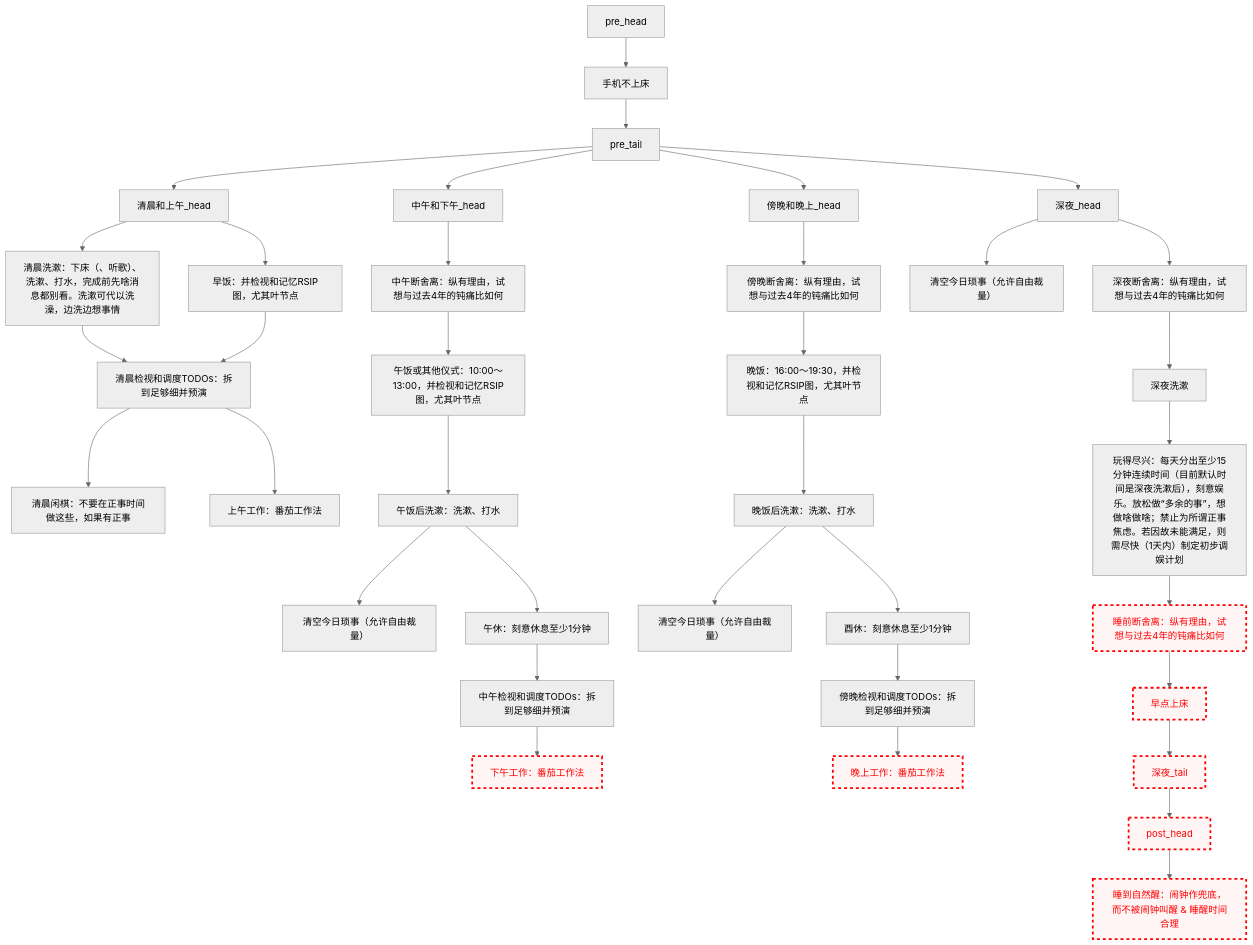
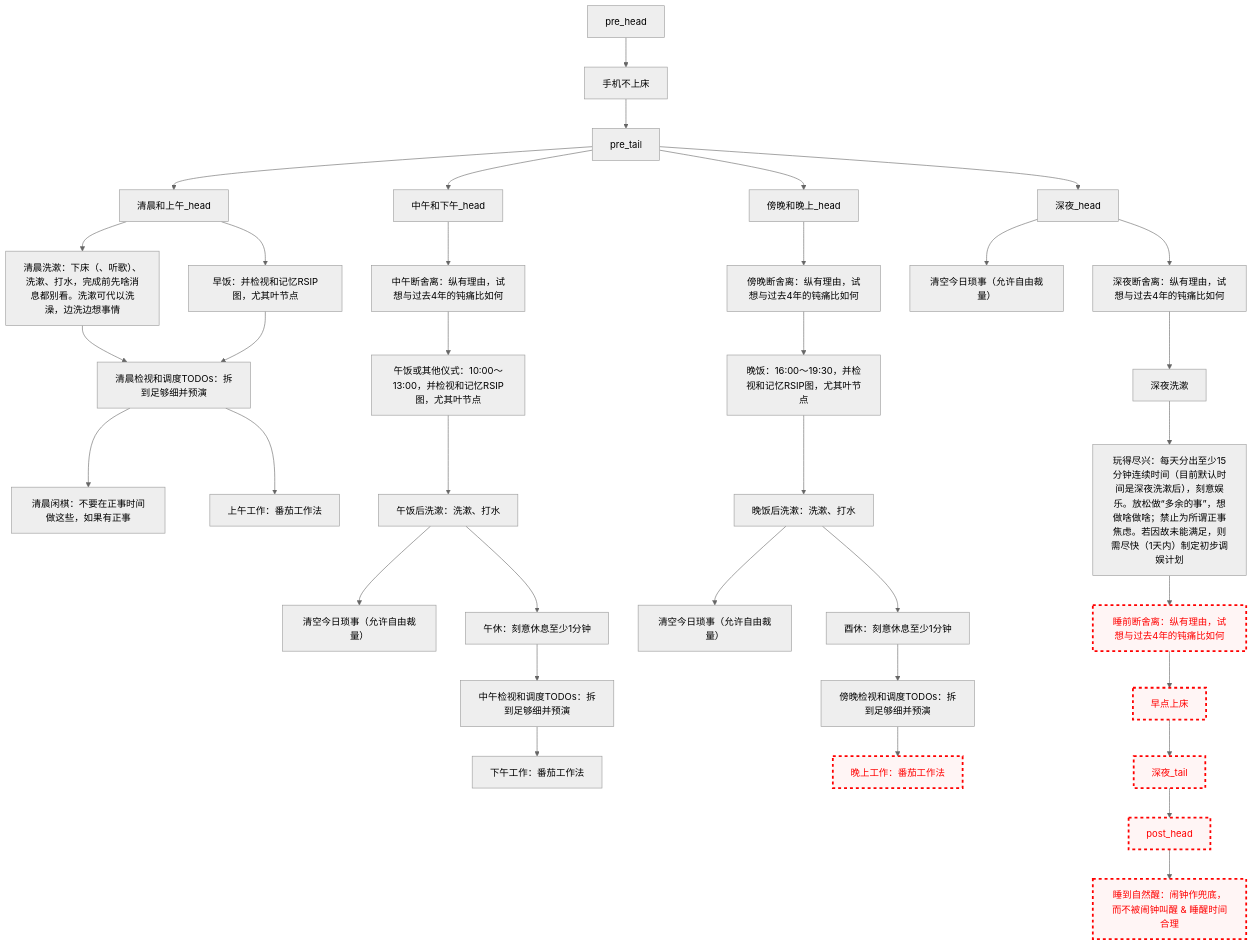
The diagram in README.md (Ethkuil/RSIP-tree), drawn with Mermaid (neutral theme) before and after one commit.

Commit message:
enable 下午工作

````diff
--- a/README.md
+++ b/README.md
@@ -21,55 +21,54 @@
 ```mermaid
 graph TD
 
 classDef failed stroke:#ff0000, stroke-width:3px, color:#ff0000, fill:#fff5f5, stroke-dasharray: 5
 
 pre_head --> 手机不上床
 手机不上床 --> pre_tail
 
 
 pre_tail --> 清晨和上午_head
 清晨和上午_head --> 清晨洗漱[清晨洗漱：下床（、听歌）、洗漱、打水，完成前先啥消息都别看。洗漱可代以洗澡，边洗边想事情]
 清晨和上午_head --> 早饭[早饭：并检视和记忆RSIP图，尤其叶节点]
 清晨洗漱 --> 清晨看TODO[清晨检视和调度TODOs：拆到足够细并预演]
 早饭 --> 清晨看TODO
 清晨看TODO --> 清晨闲棋[清晨闲棋：不要在正事时间做这些，如果有正事]
 清晨看TODO --> 上午工作[上午工作：番茄工作法]
 
 pre_tail --> 中午和下午_head
 中午和下午_head --> 中午断舍离[中午断舍离：纵有理由，试想与过去4年的钝痛比如何]
 中午断舍离 --> 午饭[午饭或其他仪式：10:00～13:00，并检视和记忆RSIP图，尤其叶节点]
 午饭 --> 午饭后洗漱[午饭后洗漱：洗漱、打水]
 午饭后洗漱 --> 中午今日琐事[清空今日琐事（允许自由裁量）]
 午饭后洗漱 --> 午休[午休：刻意休息至少1分钟]
 午休 --> 中午看TODO[中午检视和调度TODOs：拆到足够细并预演]
 中午看TODO --> 下午工作[下午工作：番茄工作法]
-class 下午工作 failed
 
 pre_tail --> 傍晚和晚上_head
 傍晚和晚上_head --> 傍晚断舍离[傍晚断舍离：纵有理由，试想与过去4年的钝痛比如何]
 傍晚断舍离 --> 晚饭[晚饭：16:00～19:30，并检视和记忆RSIP图，尤其叶节点]
 晚饭 --> 晚饭后洗漱[晚饭后洗漱：洗漱、打水]
 晚饭后洗漱 --> 傍晚今日琐事[清空今日琐事（允许自由裁量）]
 晚饭后洗漱 --> 酉休[酉休：刻意休息至少1分钟]
 酉休 --> 傍晚看TODO[傍晚检视和调度TODOs：拆到足够细并预演]
 傍晚看TODO --> 晚上工作[晚上工作：番茄工作法]
 class 晚上工作 failed
 
 pre_tail --> 深夜_head
 深夜_head --> 深夜今日琐事[清空今日琐事（允许自由裁量）]
 深夜_head --> 深夜断舍离[深夜断舍离：纵有理由，试想与过去4年的钝痛比如何]
 深夜断舍离 --> 深夜洗漱
 深夜洗漱 --> 玩得尽兴[玩得尽兴：每天分出至少15分钟连续时间（目前默认时间是深夜洗漱后），刻意娱乐。放松做“多余的事”，想做啥做啥；禁止为所谓正事焦虑。若因故未能满足，则需尽快（1天内）制定初步调娱计划]
 玩得尽兴 --> 睡前断舍离[睡前断舍离：纵有理由，试想与过去4年的钝痛比如何]
 class 睡前断舍离 failed
 睡前断舍离 --> 早点上床
 class 早点上床 failed
 早点上床 --> 深夜_tail
 class 深夜_tail failed
 
 
 深夜_tail --> post_head
 class post_head failed
 post_head --> 睡到自然醒[睡到自然醒：闹钟作兜底，而不被闹钟叫醒 & 睡醒时间合理]
 class 睡到自然醒 failed
 ```
````
